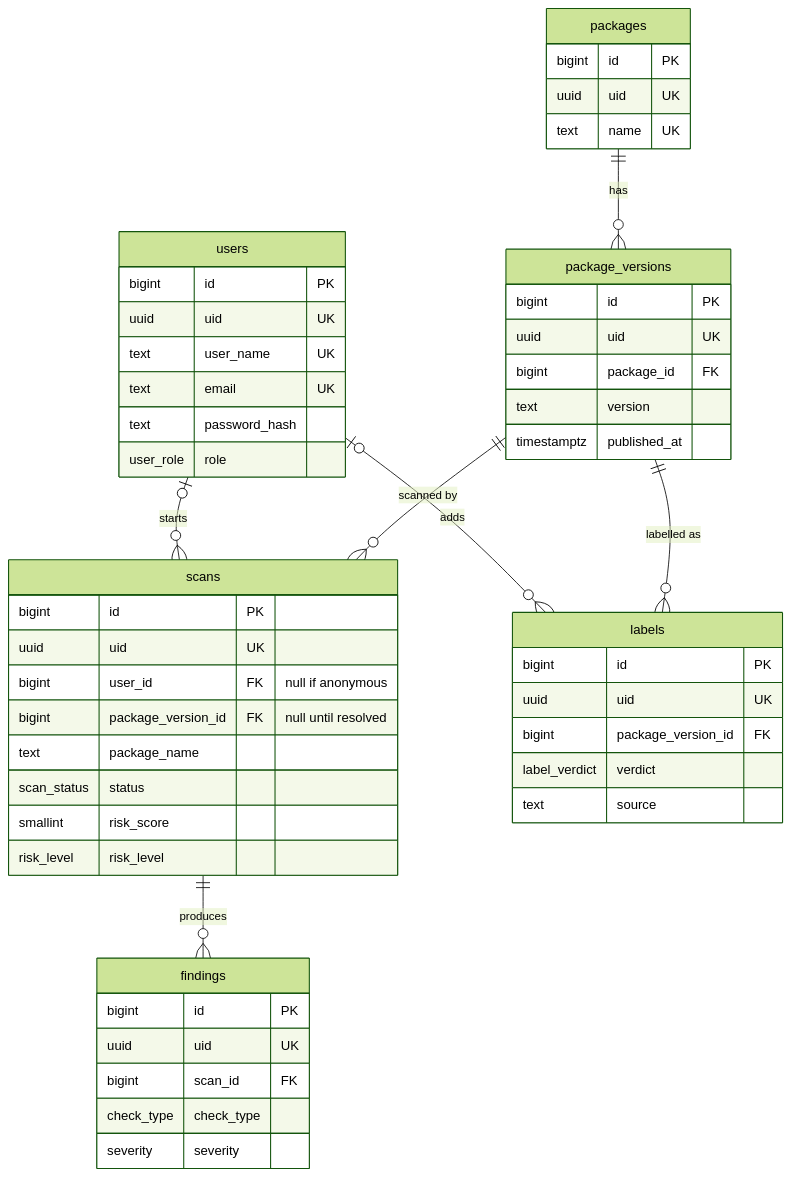
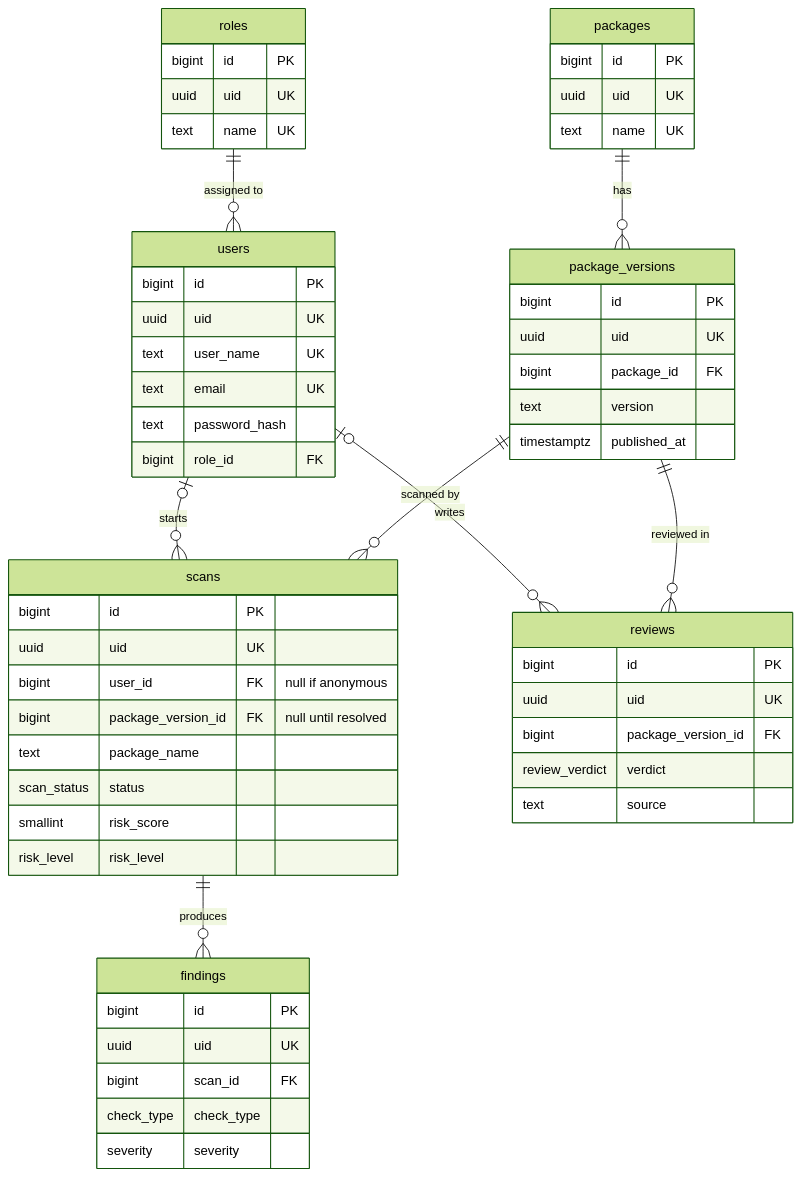
One commit to Apu-Emdad/npm-sentinel-api changed the diagram in docs/schema.md. Above: the diagram before and after it, drawn with Mermaid (forest theme). The commit also changed other lines of this file and 1 other file, not shown here.

Commit message:
docs: add roles table and rename labels to reviews

````diff
--- a/docs/schema.md
+++ b/docs/schema.md
@@ -15,54 +15,60 @@
 ```mermaid
 erDiagram
+    roles ||--o{ users : "assigned to"
     users |o--o{ scans : "starts"
-    users |o--o{ labels : "adds"
+    users |o--o{ reviews : "writes"
     packages ||--o{ package_versions : "has"
     package_versions ||--o{ scans : "scanned by"
-    package_versions ||--o{ labels : "labelled as"
+    package_versions ||--o{ reviews : "reviewed in"
     scans ||--o{ findings : "produces"
 
+    roles {
+        bigint id PK
+        uuid uid UK
+        text name UK
+    }
     users {
         bigint id PK
         uuid uid UK
         text user_name UK
         text email UK
         text password_hash
-        user_role role
+        bigint role_id FK
     }
     packages {
         bigint id PK
         uuid uid UK
         text name UK
     }
     package_versions {
         bigint id PK
         uuid uid UK
         bigint package_id FK
         text version
         timestamptz published_at
     }
     scans {
         bigint id PK
         uuid uid UK
         bigint user_id FK "null if anonymous"
         bigint package_version_id FK "null until resolved"
         text package_name
         scan_status status
         smallint risk_score
         risk_level risk_level
     }
     findings {
         bigint id PK
         uuid uid UK
         bigint scan_id FK
         check_type check_type
         severity severity
     }
-    labels {
+    reviews {
         bigint id PK
         uuid uid UK
         bigint package_version_id FK
-        label_verdict verdict
+        review_verdict verdict
         text source
     }
 ```
````
